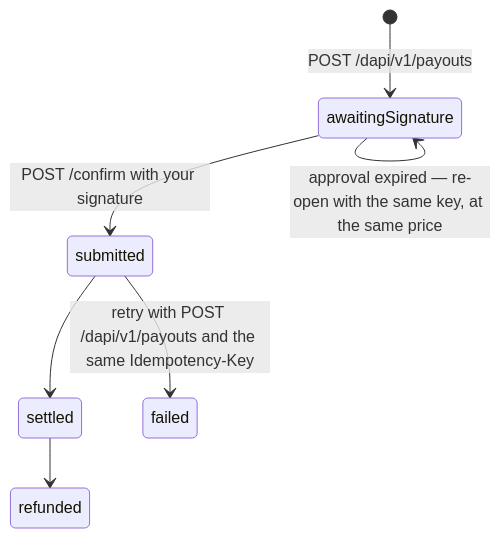
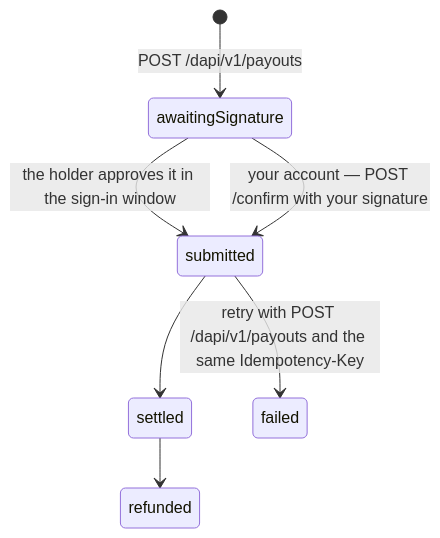
One commit to hevn-inc/docs changed the diagram in whitelabel/payouts.mdx. Above: the diagram before and after it, drawn with Mermaid. The commit also changed other lines of this file and 29 other files, not shown here.

````diff
--- a/whitelabel/payouts.mdx
+++ b/whitelabel/payouts.mdx
@@ -63,9 +72,9 @@
 ```mermaid
 stateDiagram-v2
     [*] --> awaitingSignature: POST /dapi/v1/payouts
-    awaitingSignature --> awaitingSignature: approval expired — re-open with the same key, at the same price
-    awaitingSignature --> submitted: POST /confirm with your signature
+    awaitingSignature --> submitted: the holder approves it in the sign-in window
+    awaitingSignature --> submitted: your account — POST /confirm with your signature
     submitted --> settled
     submitted --> failed: retry with POST /dapi/v1/payouts and the same Idempotency-Key
     settled --> refunded
 ```
````
